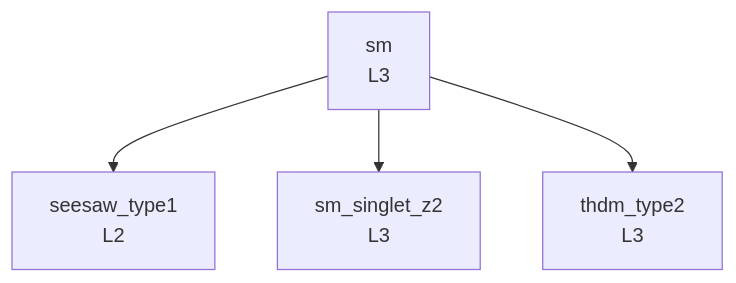
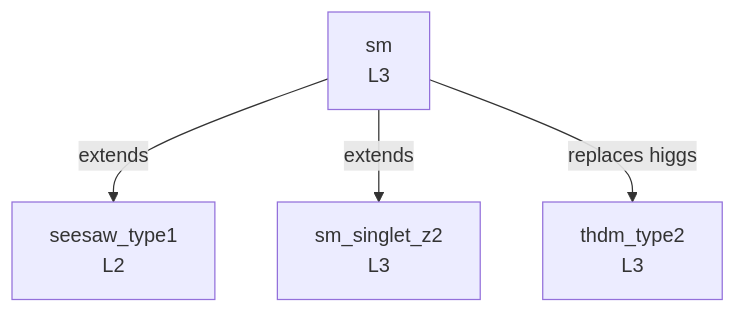
The diagram in GENEALOGY.md (moiseszeleny/feynlag-models), drawn with Mermaid before and after one commit. The commit also changed other lines of this file and 25 other files, not shown here.

First line of the commit message:
Adopt metadata schema v2

````diff
--- a/GENEALOGY.md
+++ b/GENEALOGY.md
@@ -5,10 +5,10 @@
 ```mermaid
 graph TD
     seesaw_type1["seesaw_type1<br/>L2"]
     sm["sm<br/>L3"]
     sm_singlet_z2["sm_singlet_z2<br/>L3"]
     thdm_type2["thdm_type2<br/>L3"]
-    sm --> seesaw_type1
-    sm --> sm_singlet_z2
-    sm --> thdm_type2
+    sm -->|extends| seesaw_type1
+    sm -->|extends| sm_singlet_z2
+    sm -->|replaces higgs| thdm_type2
 ```
````
